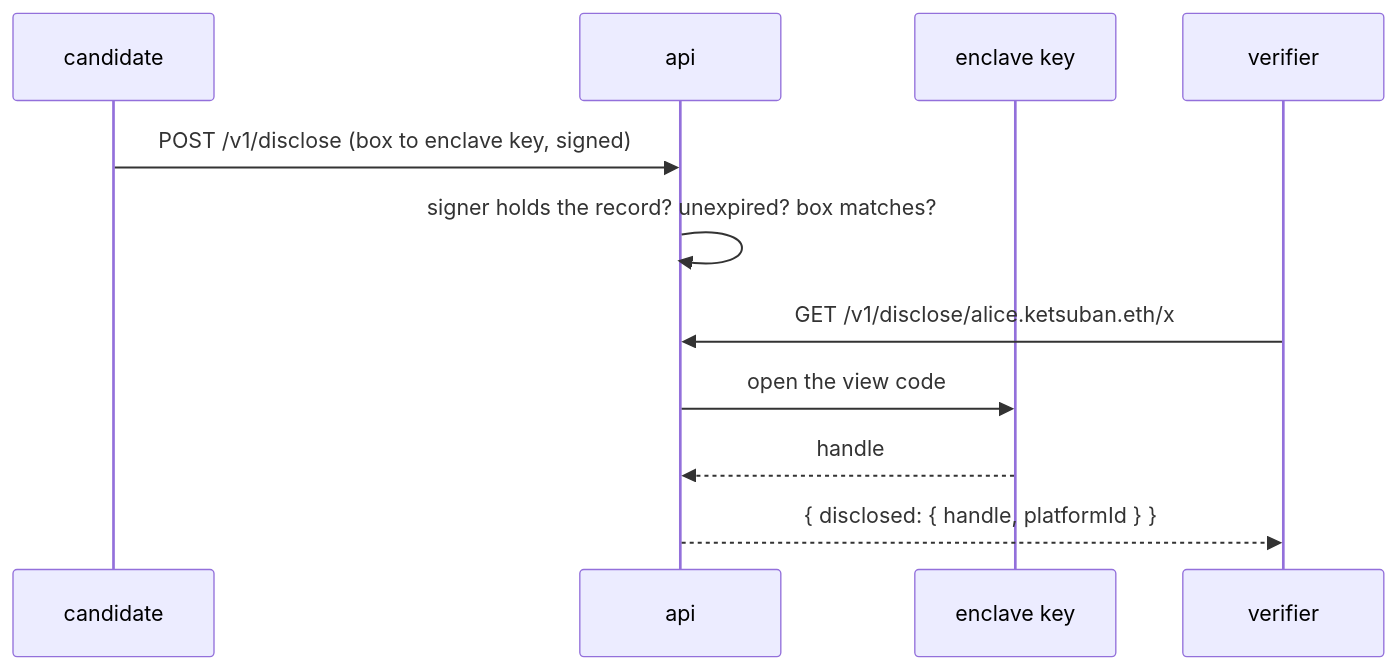
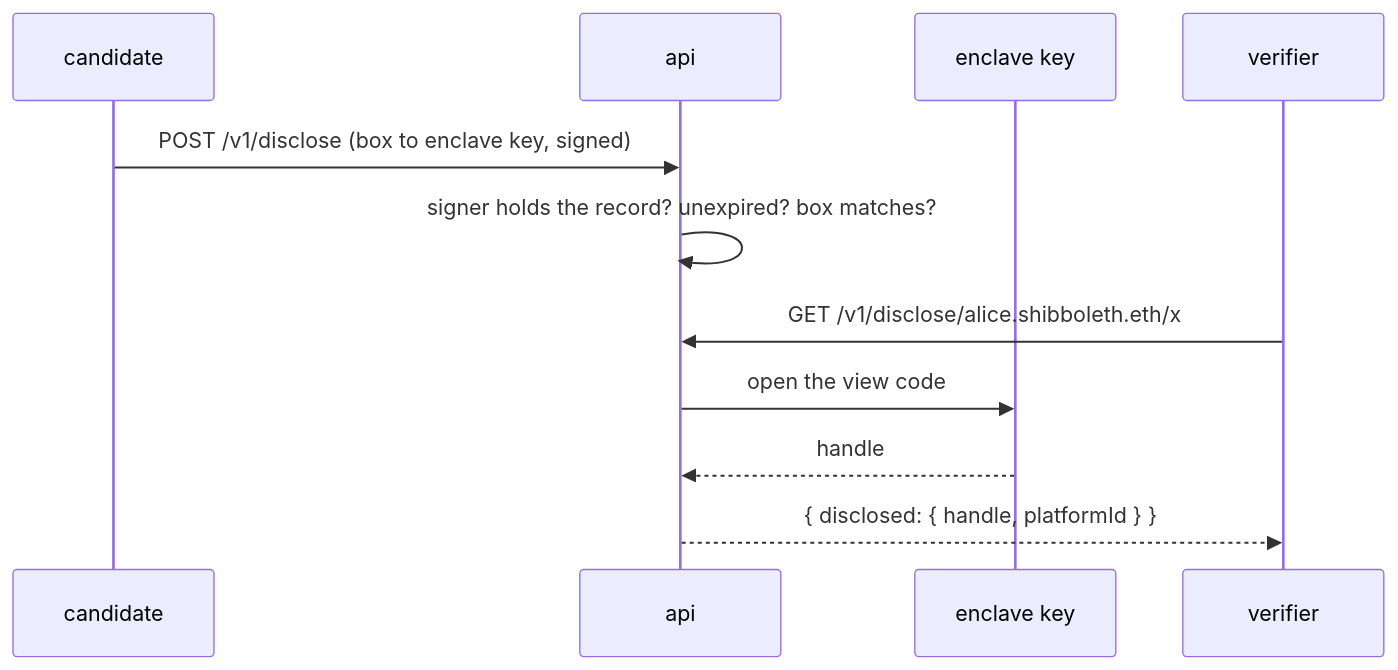
The third of 3 diagrams in apps/api/README.md (lamtrinh259/ETHGlobal_Online_2026), drawn with Mermaid before and after one commit. The commit also changed other lines of this file and 17 other files, not shown here.

````diff
--- a/apps/api/README.md
+++ b/apps/api/README.md
@@ -171,13 +179,13 @@
 ```mermaid
 sequenceDiagram
   participant C as candidate
   participant A as api
   participant E as enclave key
   participant V as verifier
   C->>A: POST /v1/disclose (box to enclave key, signed)
   A->>A: signer holds the record? unexpired? box matches?
-  V->>A: GET /v1/disclose/alice.ketsuban.eth/x
+  V->>A: GET /v1/disclose/alice.shibboleth.eth/x
   A->>E: open the view code
   E-->>A: handle
   A-->>V: { disclosed: { handle, platformId } }
 ```
````
